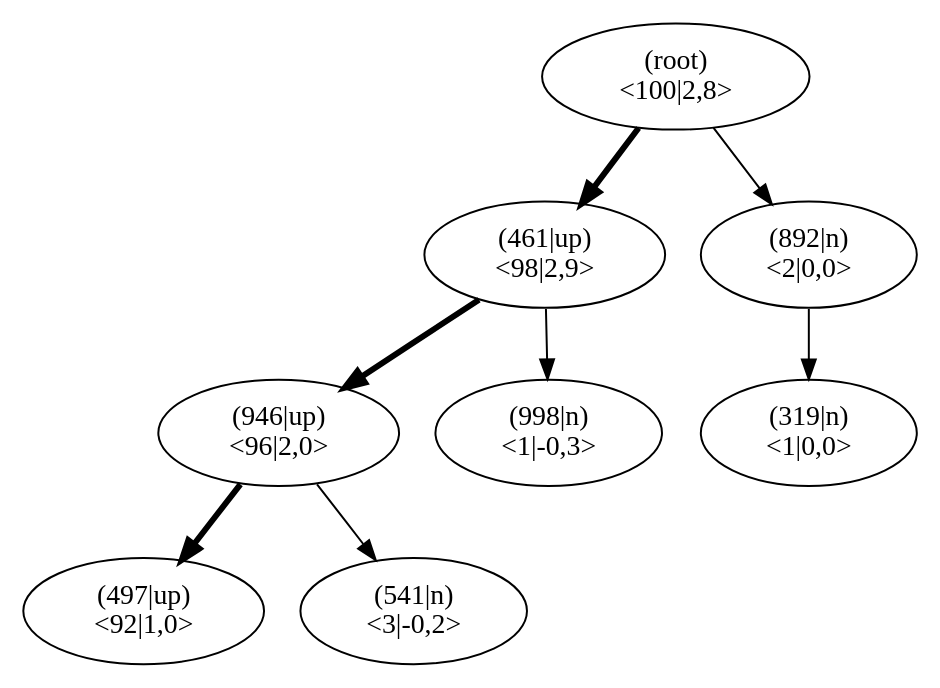
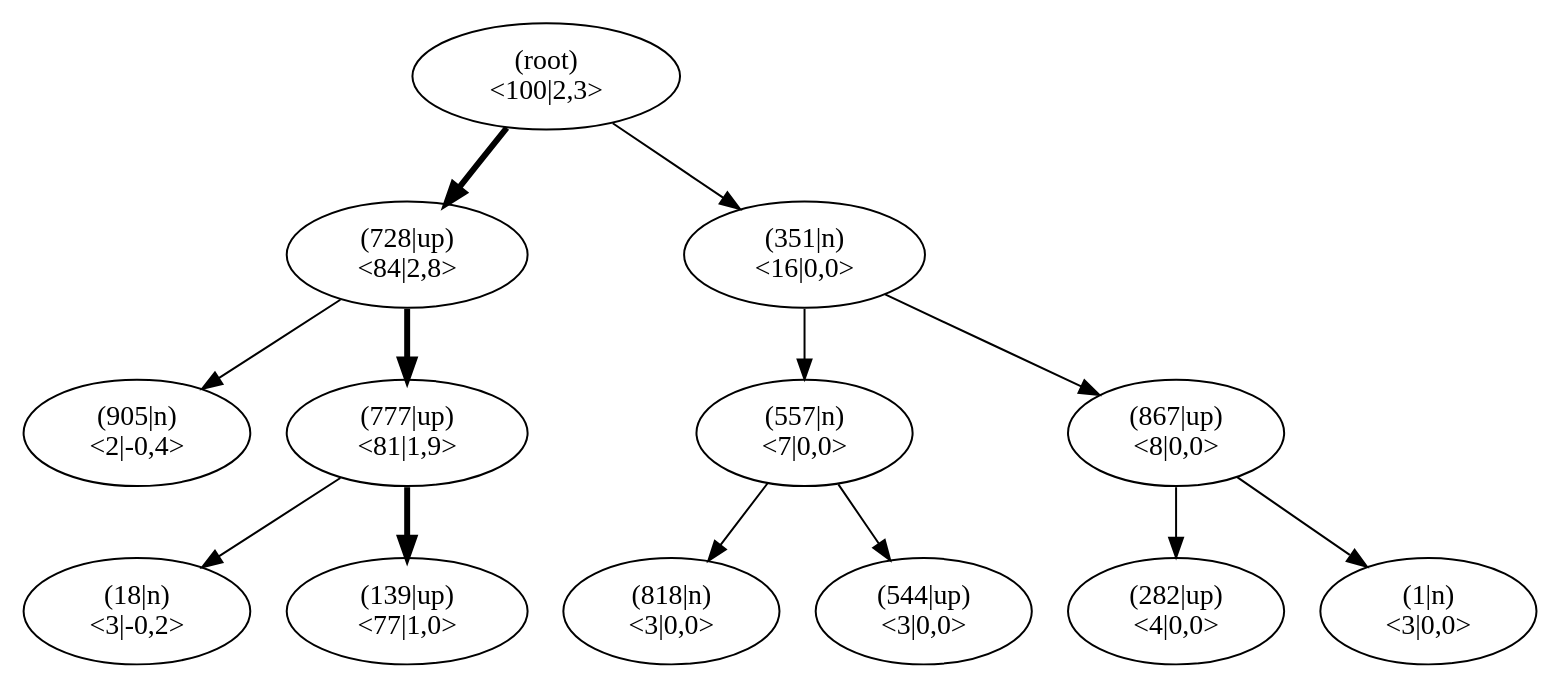
The diagram in pictures/ch13/jumper_test_mcts.dot (JonasHellgren/relexp-java), drawn with Graphviz before and after one commit. The commit also changed 29 other files, not shown here.

```diff
--- a/pictures/ch13/jumper_test_mcts.dot
+++ b/pictures/ch13/jumper_test_mcts.dot
@@ -1,26 +1,41 @@
 digraph MCTS {
 node [shape=ellipse];
 Nroot [label="(root)
-<100|2,8>"];
-Nroot -> N461[penwidth=3];
-N461 [label="(461|up)
-<98|2,9>"];
-N461 -> N946[penwidth=3];
-N946 [label="(946|up)
-<96|2,0>"];
-N946 -> N497[penwidth=3];
-N497 [label="(497|up)
-<92|1,0>"];
-N946 -> N541[penwidth=1];
-N541 [label="(541|n)
+<100|2,3>"];
+Nroot -> N728[penwidth=3];
+N728 [label="(728|up)
+<84|2,8>"];
+N728 -> N905[penwidth=1];
+N905 [label="(905|n)
+<2|-0,4>"];
+N728 -> N777[penwidth=3];
+N777 [label="(777|up)
+<81|1,9>"];
+N777 -> N18[penwidth=1];
+N18 [label="(18|n)
 <3|-0,2>"];
-N461 -> N998[penwidth=1];
-N998 [label="(998|n)
-<1|-0,3>"];
-Nroot -> N892[penwidth=1];
-N892 [label="(892|n)
-<2|0,0>"];
-N892 -> N319[penwidth=1];
-N319 [label="(319|n)
-<1|0,0>"];
+N777 -> N139[penwidth=3];
+N139 [label="(139|up)
+<77|1,0>"];
+Nroot -> N351[penwidth=1];
+N351 [label="(351|n)
+<16|0,0>"];
+N351 -> N557[penwidth=1];
+N557 [label="(557|n)
+<7|0,0>"];
+N557 -> N818[penwidth=1];
+N818 [label="(818|n)
+<3|0,0>"];
+N557 -> N544[penwidth=1];
+N544 [label="(544|up)
+<3|0,0>"];
+N351 -> N867[penwidth=1];
+N867 [label="(867|up)
+<8|0,0>"];
+N867 -> N282[penwidth=1];
+N282 [label="(282|up)
+<4|0,0>"];
+N867 -> N1[penwidth=1];
+N1 [label="(1|n)
+<3|0,0>"];
 }
```
